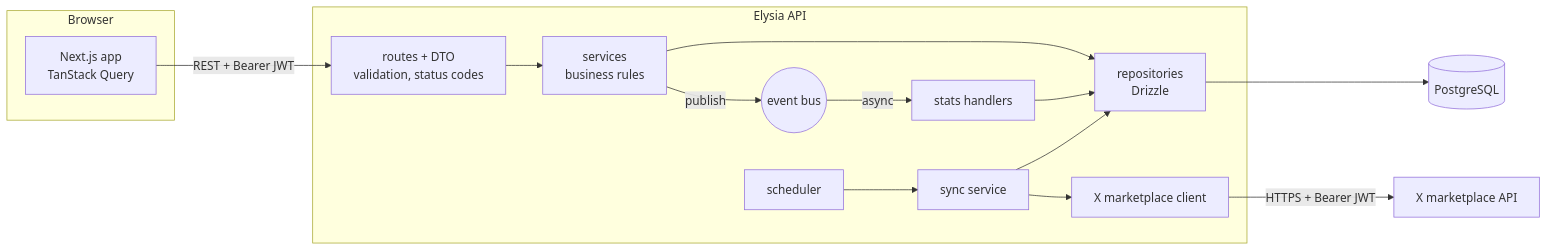
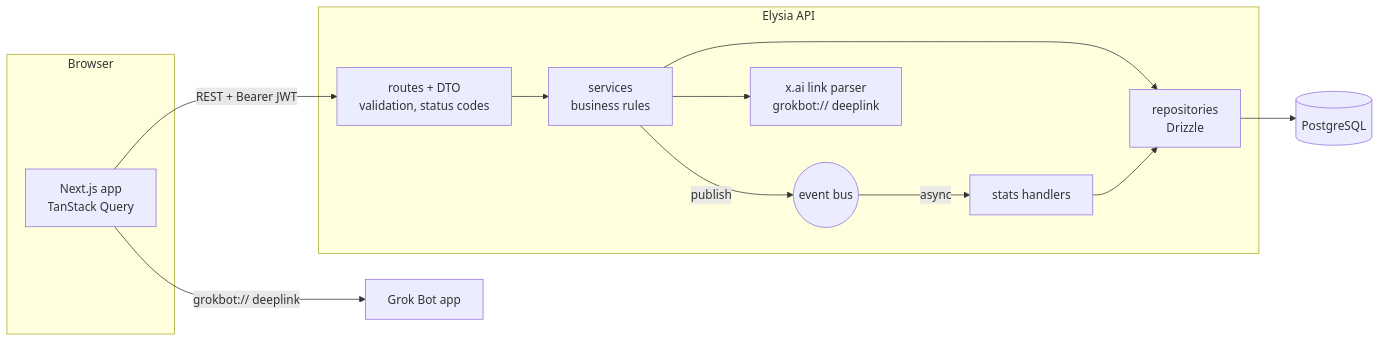
Before and after one commit to Sniezka1927/agentic-marketplace: the first of 2 diagrams in README.md, drawn with Mermaid. The commit also changed other lines of this file and 50 other files, not shown here.

````diff
--- a/README.md
+++ b/README.md
@@ -101,19 +99,17 @@
 ```mermaid
 flowchart LR
   subgraph Browser
     UI[Next.js app<br/>TanStack Query]
   end
   subgraph API[Elysia API]
     R[routes + DTO<br/>validation, status codes] --> S[services<br/>business rules]
     S --> Rep[repositories<br/>Drizzle]
     S -- publish --> E((event bus))
     E -- async --> H[stats handlers]
     H --> Rep
-    Sch[scheduler] --> Sync[sync service]
-    Sync --> X[X marketplace client]
-    Sync --> Rep
+    S --> L[x.ai link parser<br/>grokbot:// deeplink]
   end
   UI -- REST + Bearer JWT --> R
   Rep --> DB[(PostgreSQL)]
-  X -- HTTPS + Bearer JWT --> XM[X marketplace API]
+  UI -- grokbot:// deeplink --> GB[Grok Bot app]
 ```
````
